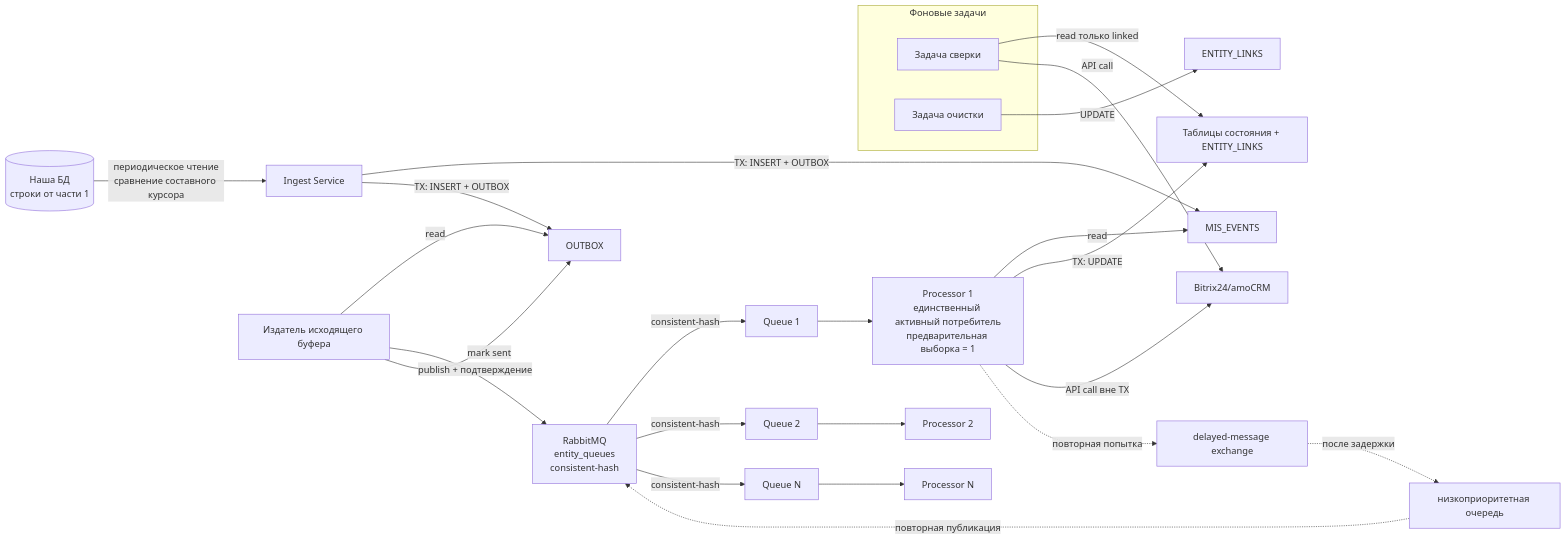
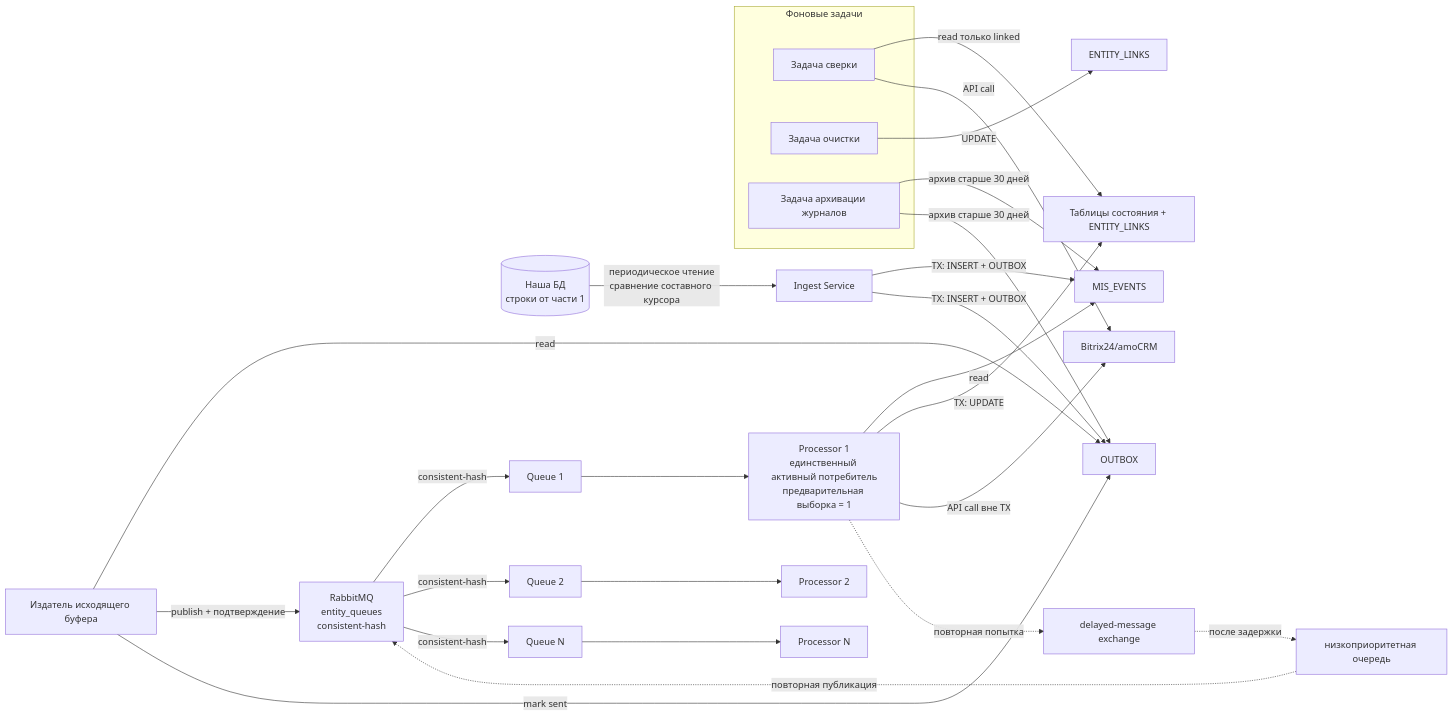
The second of 3 diagrams in README.md (decilya/mis-crm-integration-test), drawn with Mermaid before and after one commit. The commit also changed other lines of this file, not shown here.

````diff
--- a/README.md
+++ b/README.md
@@ -314,35 +318,38 @@
 ```mermaid
 graph LR
     OUR_DB[(Наша БД<br/>строки от части 1)] -->|периодическое чтение<br/>сравнение составного курсора| Ingest[Ingest Service]
     Ingest -->|TX: INSERT + OUTBOX| MIS_EVENTS
     Ingest -->|TX: INSERT + OUTBOX| OUTBOX
 
     OutboxPublisher[Издатель исходящего буфера] -->|read| OUTBOX
     OutboxPublisher -->|publish + подтверждение| RMQ[RabbitMQ<br/>entity_queues<br/>consistent-hash]
     OutboxPublisher -->|mark sent| OUTBOX
 
     RMQ -->|consistent-hash| Q1[Queue 1]
     RMQ -->|consistent-hash| Q2[Queue 2]
     RMQ -->|consistent-hash| Q3[Queue N]
 
     Q1 --> Processor1[Processor 1<br/>единственный активный потребитель<br/>предварительная выборка = 1]
     Q2 --> Processor2[Processor 2]
     Q3 --> Processor3[Processor N]
 
     Processor1 -->|read| MIS_EVENTS
     Processor1 -->|TX: UPDATE| StateDB[Таблицы состояния + ENTITY_LINKS]
     Processor1 -->|API call вне TX| CRM[Bitrix24/amoCRM]
 
     Processor1 -.->|повторная попытка| DelayedExchange[delayed-message exchange]
     DelayedExchange -.->|после задержки| LowPriorityQueue[низкоприоритетная очередь]
     LowPriorityQueue -.->|повторная публикация| RMQ
 
     subgraph Фоновые задачи
         Reconciler[Задача сверки]
         Cleanup[Задача очистки]
+        Archiver[Задача архивации журналов]
     end
 
     Reconciler -->|read только linked| StateDB
     Reconciler -->|API call| CRM
     Cleanup -->|UPDATE| ENTITY_LINKS
+    Archiver -->|архив старше 30 дней| MIS_EVENTS
+    Archiver -->|архив старше 30 дней| OUTBOX
 ```
````
